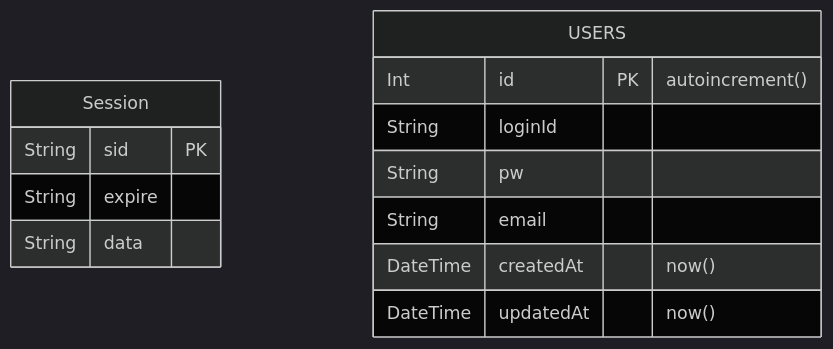
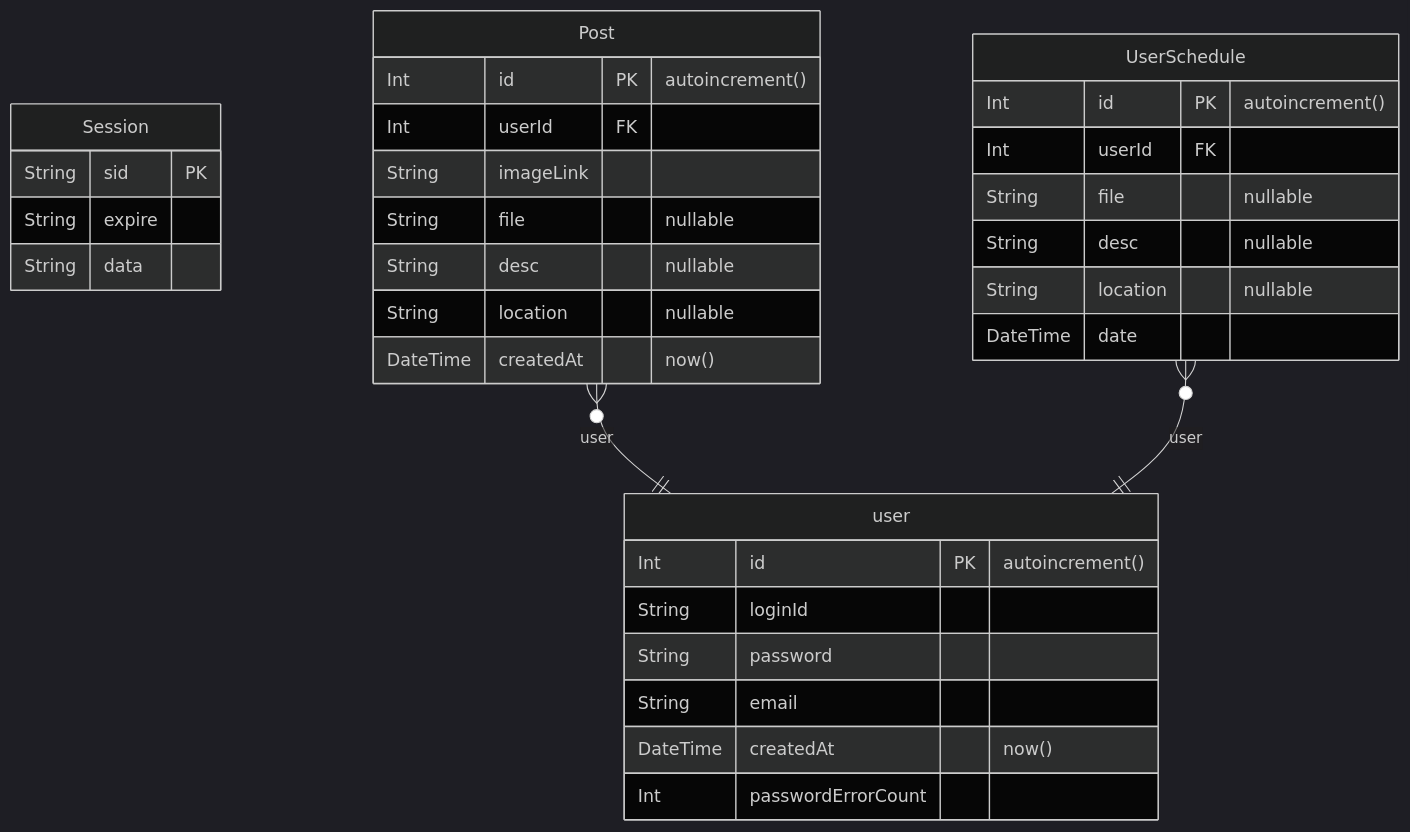
One commit to LuticaCANARD/Lutica_KNUT_Web_final changed the diagram in prisma/ERD.md. Above: the diagram before and after it, drawn with Mermaid (dark theme). The commit also changed 22 other files, not shown here.

````diff
--- a/prisma/ERD.md
+++ b/prisma/ERD.md
@@ -1,17 +1,36 @@
 ```mermaid
 erDiagram
 	Session {
 		String sid PK
 		String expire
 		String data
 	}
-	USERS {
+	user {
 		Int id PK  "autoincrement()"
 		String loginId
-		String pw
+		String password
 		String email
 		DateTime createdAt  "now()"
-		DateTime updatedAt  "now()"
+		Int passwordErrorCount
 	}
+	Post {
+		Int id PK  "autoincrement()"
+		Int userId FK
+		String imageLink
+		String file  "nullable"
+		String desc  "nullable"
+		String location  "nullable"
+		DateTime createdAt  "now()"
+	}
+	UserSchedule {
+		Int id PK  "autoincrement()"
+		Int userId FK
+		String file  "nullable"
+		String desc  "nullable"
+		String location  "nullable"
+		DateTime date
+	}
+	Post }o--|| user : user
+	UserSchedule }o--|| user : user
 
 ```
````
